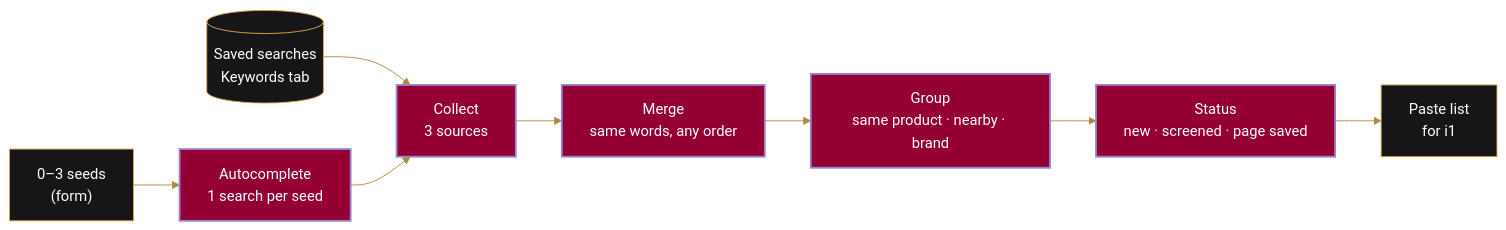
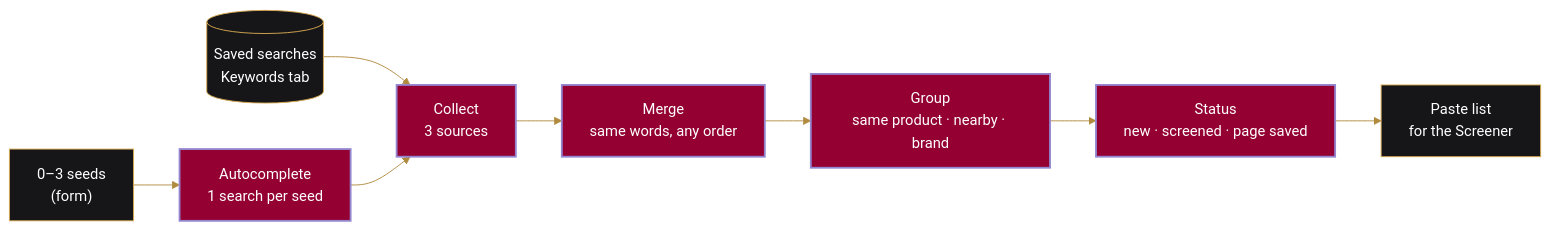
The diagram in i5-next-keywords/README.md (Mohib-Ur-Rehman-automation/amazon-toolkit), drawn with Mermaid before and after one commit. The commit also changed other lines of this file and 28 other files, not shown here.

````diff
--- a/i5-next-keywords/README.md
+++ b/i5-next-keywords/README.md
@@ -37,15 +37,15 @@
 ```mermaid
 %%{init: {'theme':'base','themeVariables':{'fontFamily':'Georgia, serif','lineColor':'#B08A3E','textColor':'#1f2328','edgeLabelBackground':'#f7f5f2'}}}%%
 flowchart LR
   A["0–3 seeds<br/>(form)"] --> B["Autocomplete<br/>1 search per seed"]
   S[("Saved searches<br/>Keywords tab")] --> C
   B --> C["Collect<br/>3 sources"]
   C --> D["Merge<br/>same words, any order"]
   D --> E["Group<br/>same product · nearby · brand"]
   E --> F["Status<br/>new · screened · page saved"]
-  F --> G["Paste list<br/>for i1"]
+  F --> G["Paste list<br/>for the Screener"]
   classDef step fill:#930031,stroke:#9485D0,stroke-width:2px,color:#ffffff;
   classDef io fill:#161618,stroke:#DAAC53,color:#ffffff;
   class A,G,S io;
   class B,C,D,E,F step;
 ```
````
